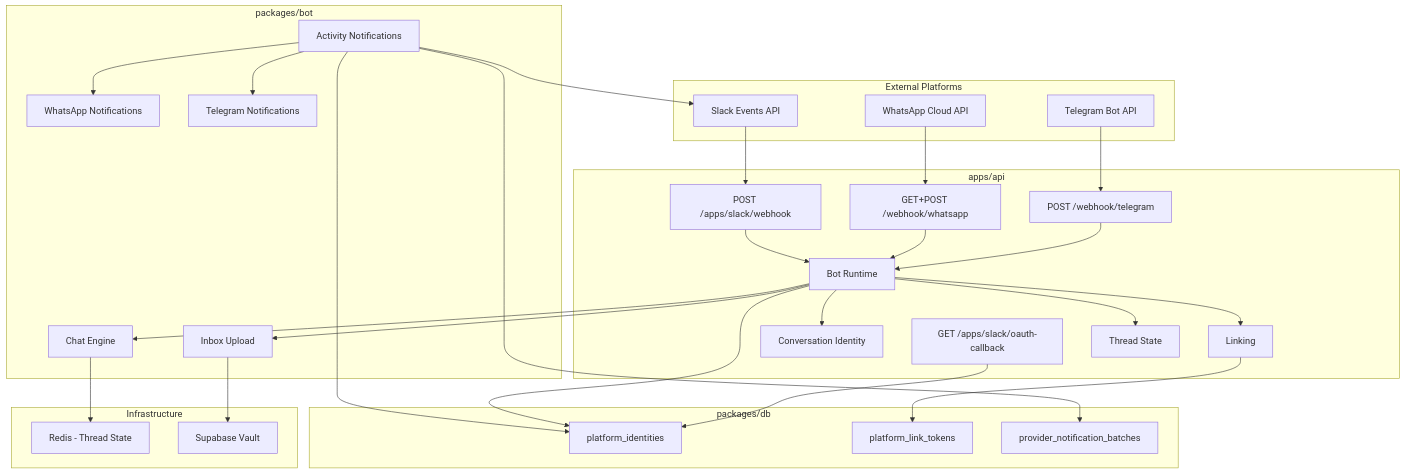
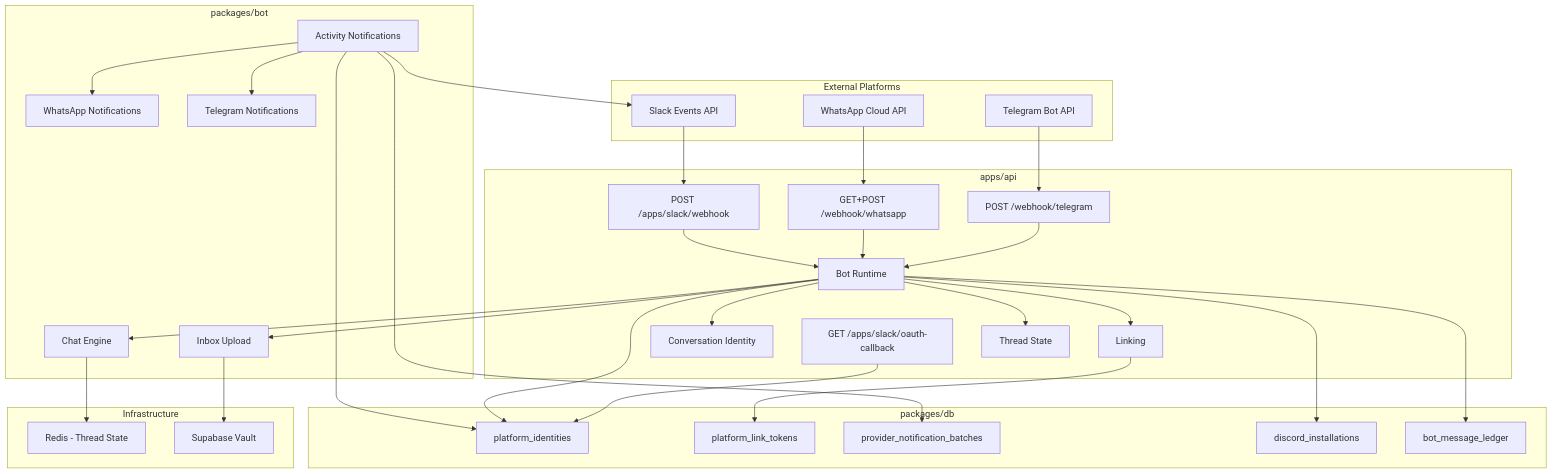
Before and after one commit to sudosapient-labs/midday: the first of 6 diagrams in docs/bot-messaging-integration.md, drawn with Mermaid. The commit also changed other lines of this file, not shown here.

Commit message:
document Discord security boundaries

````diff
--- a/docs/bot-messaging-integration.md
+++ b/docs/bot-messaging-integration.md
@@ -37,64 +40,68 @@
 ```mermaid
 graph TB
     subgraph "External Platforms"
         TG[Telegram Bot API]
         WA[WhatsApp Cloud API]
         SL[Slack Events API]
     end
 
     subgraph "apps/api"
         WH_TG[POST /webhook/telegram]
         WH_WA[GET+POST /webhook/whatsapp]
         WH_SL[POST /apps/slack/webhook]
         OAUTH[GET /apps/slack/oauth-callback]
         RT[Bot Runtime]
         CI[Conversation Identity]
         LK[Linking]
         TS[Thread State]
     end
 
     subgraph "packages/bot"
         CHAT[Chat Engine]
         AN[Activity Notifications]
         WN[WhatsApp Notifications]
         TN[Telegram Notifications]
         IU[Inbox Upload]
     end
 
     subgraph "packages/db"
         PI[platform_identities]
         PLT[platform_link_tokens]
         PNB[provider_notification_batches]
+        DI[discord_installations]
+        BML[bot_message_ledger]
     end
 
     subgraph "Infrastructure"
         REDIS[Redis - Thread State]
         VAULT[Supabase Vault]
     end
 
     TG --> WH_TG
     WA --> WH_WA
     SL --> WH_SL
 
     WH_TG --> RT
     WH_WA --> RT
     WH_SL --> RT
     OAUTH --> PI
 
     RT --> CI
     RT --> LK
     RT --> TS
     RT --> CHAT
     RT --> IU
 
     CHAT --> REDIS
     AN --> WN
     AN --> TN
     AN --> SL
     IU --> VAULT
 
     RT --> PI
     LK --> PLT
     AN --> PNB
     AN --> PI
+    RT --> DI
+    RT --> BML
 ```
````
